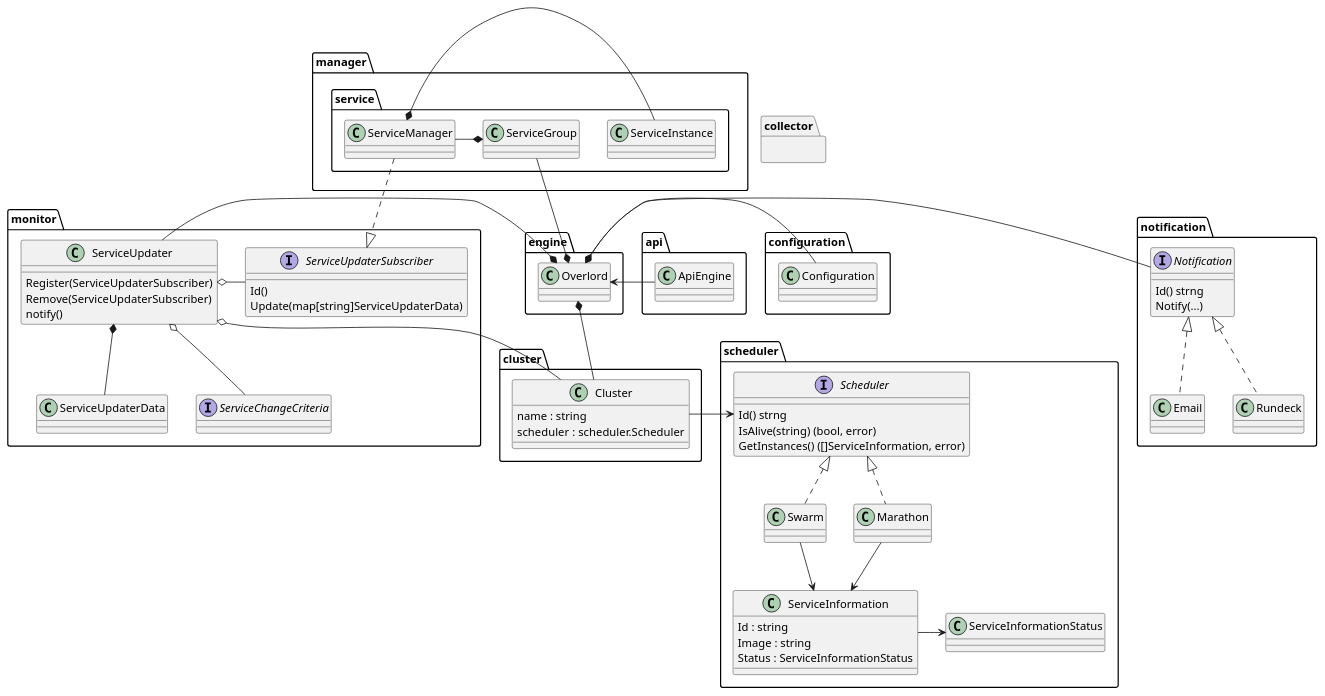
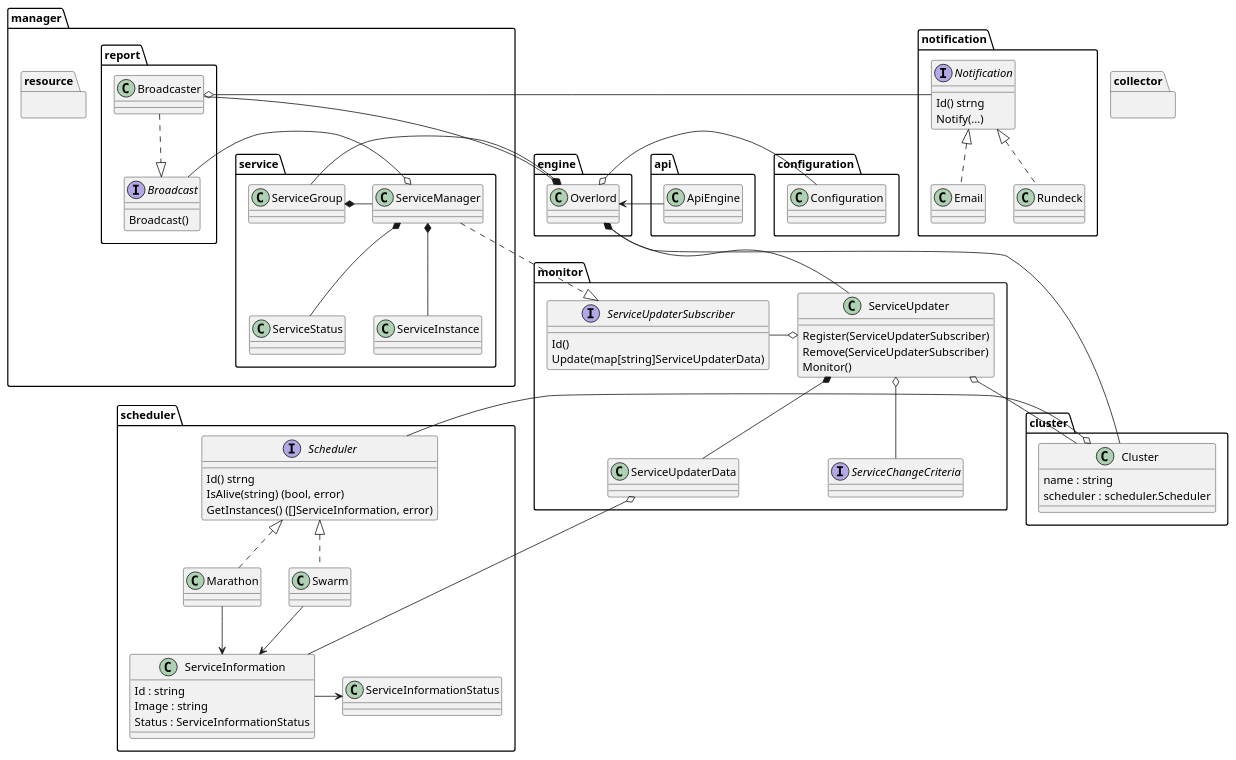
One commit to ch3lo/overlord changed the diagram in arquitectura.puml. Above: the diagram before and after it, drawn with PlantUML. The commit also changed 14 other files, not shown here.

```diff
--- a/arquitectura.puml
+++ b/arquitectura.puml
@@ -1,105 +1,124 @@
 @startuml
 package manager {
 
     package service {
         class ServiceGroup
         class ServiceManager
         class ServiceInstance
+        class ServiceStatus
 
         ServiceGroup *- ServiceManager
-        ServiceManager *- ServiceInstance
+        ServiceManager *-- ServiceInstance
+        ServiceManager *-- ServiceStatus
+    }
+
+    package resource {
+
+    }
+
+    package report {
+      interface Broadcast {
+        Broadcast()
+      }
+      class Broadcaster
+
+      Broadcaster ..|> Broadcast
     }
 }
 
 package engine {
     class Overlord
 }
 
 package configuration {
   class Configuration
 }
 
 package cluster {
     class Cluster {
         name : string
         scheduler : scheduler.Scheduler
     }
 }
 
 package monitor {
     class ServiceUpdater {
         Register(ServiceUpdaterSubscriber)
         Remove(ServiceUpdaterSubscriber)
-        notify()
+        Monitor()
     }
     interface ServiceUpdaterSubscriber {
         Id()
         Update(map[string]ServiceUpdaterData)
     }
     class ServiceUpdaterData
     interface ServiceChangeCriteria
 
     ServiceUpdater o- ServiceUpdaterSubscriber
     ServiceUpdater *-- ServiceUpdaterData
     ServiceUpdater o-- ServiceChangeCriteria
 }
 
 package collector {
 }
 
 package notification {
     interface Notification {
         Id() strng
         Notify(...)
     }
 
     class Email
     class Rundeck
 
     Notification <|.. Email
     Notification <|.. Rundeck
 }
 
 package api {
   class ApiEngine
 }
 
 package scheduler {
     interface Scheduler {
         Id() strng
         IsAlive(string) (bool, error)
         GetInstances() ([]ServiceInformation, error)
     }
 
     class ServiceInformation {
         Id : string
         Image : string
         Status : ServiceInformationStatus
     }
 
     class Swarm
     class Marathon
     class ServiceInformationStatus
 
     Scheduler <|.. Swarm
     Scheduler <|.. Marathon
 
     Swarm --> ServiceInformation
     Marathon --> ServiceInformation
     ServiceInformation -> ServiceInformationStatus
 }
 
 ApiEngine -> Overlord
 
 ServiceManager ..|> ServiceUpdaterSubscriber
+ServiceManager o- Broadcast
+
 ServiceGroup -* Overlord
-
 
 Overlord *- ServiceUpdater
 Overlord *- Cluster
 Overlord o- Configuration
-Overlord *- Notification
+Overlord *- Broadcaster
 
-Cluster -> Scheduler
+Broadcaster o- Notification
+
+Cluster o- Scheduler
 ServiceUpdater o-- Cluster
+ServiceUpdaterData o-- ServiceInformation
 @enduml
```
